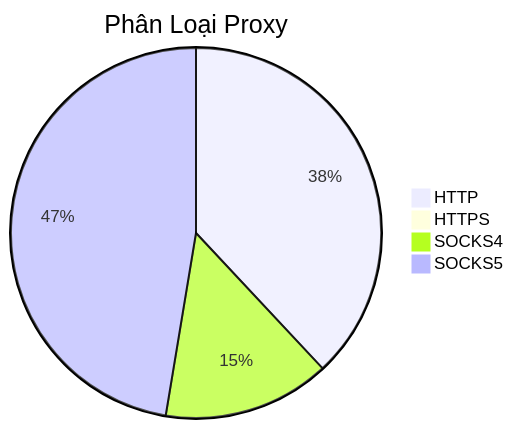
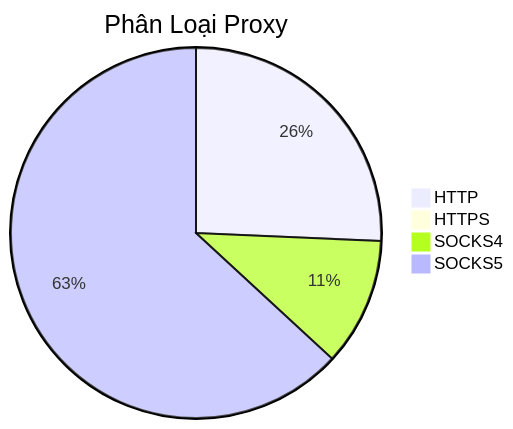
The diagram in README.md (Ciara-Aa/PROXY-free), drawn with Mermaid before and after one commit. The commit also changed other lines of this file and 4 other files, not shown here.

````diff
--- a/README.md
+++ b/README.md
@@ -26,7 +26,7 @@
 ```mermaid
 pie title Phân Loại Proxy
-    "HTTP" : 472
-    "HTTPS" : 1
-    "SOCKS4" : 181
-    "SOCKS5" : 588
+    "HTTP" : 524
+    "HTTPS" : 0
+    "SOCKS4" : 228
+    "SOCKS5" : 1288
 ```
````
